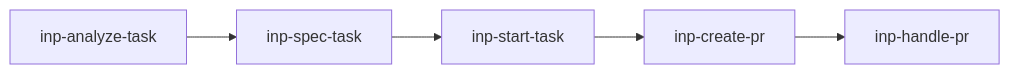
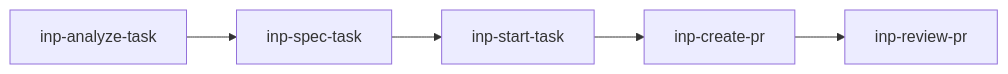
Before and after one commit to garam-park/ai-tools-config: the diagram in docs/inp-workflow.md, drawn with Mermaid. The commit also changed other lines of this file and 4 other files, not shown here.

First line of the commit message:
Update inp-review-pr metadata and cross-references

````diff
--- a/docs/inp-workflow.md
+++ b/docs/inp-workflow.md
@@ -21,7 +21,7 @@
 ```mermaid
 flowchart LR
   A[inp-analyze-task] --> B[inp-spec-task]
   B --> C[inp-start-task]
   C --> D[inp-create-pr]
-  D --> E[inp-handle-pr]
+  D --> E[inp-review-pr]
 ```
````
